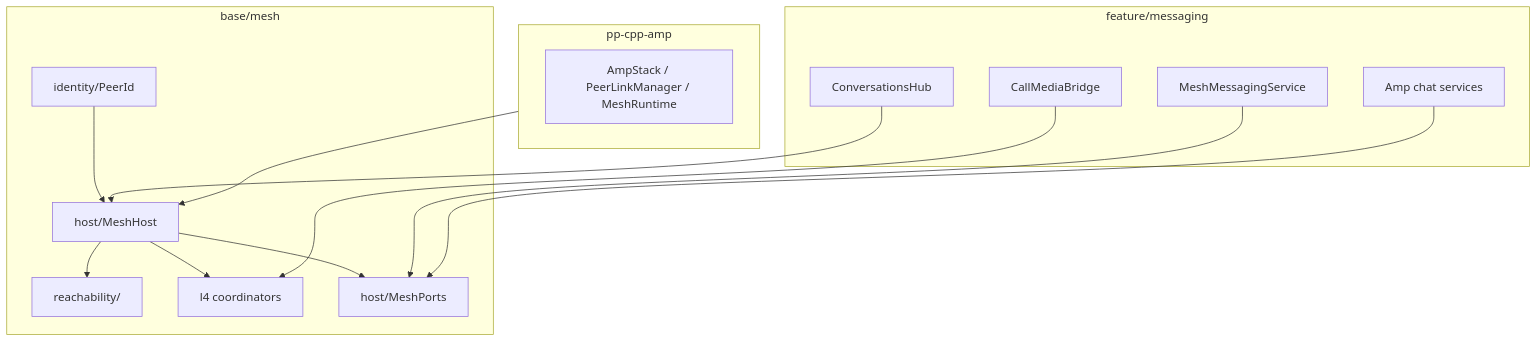
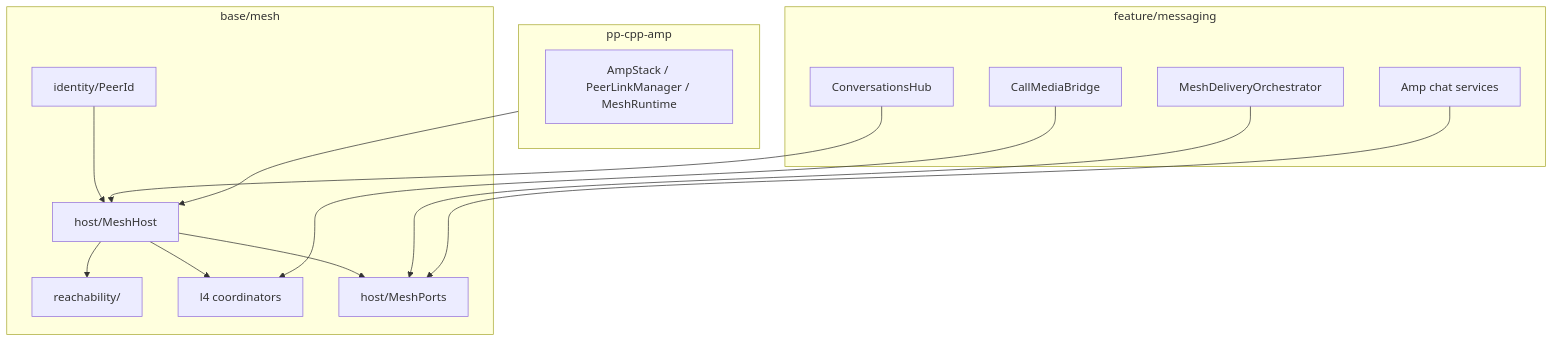
Before and after one commit to people-post/pp-browser: the diagram in docs/architecture/MESH.md, drawn with Mermaid. The commit also changed 184 other files, not shown here.

````diff
--- a/docs/architecture/MESH.md
+++ b/docs/architecture/MESH.md
@@ -10,31 +10,31 @@
 ```mermaid
 flowchart TB
   subgraph amp [pp-cpp-amp]
     Stack[AmpStack / PeerLinkManager / MeshRuntime]
   end
 
   subgraph mesh [base/mesh]
     Host[host/MeshHost]
     Identity[identity/PeerId]
     Reach[reachability/]
     L4[l4 coordinators]
     Ports[host/MeshPorts]
   end
 
   subgraph feature [feature/messaging]
     Hub[ConversationsHub]
-    MMS[MeshMessagingService]
+    MMS[MeshDeliveryOrchestrator]
     Chat[Amp chat services]
     Bridge[CallMediaBridge]
   end
 
   amp --> Host
   Identity --> Host
   Host --> L4
   Host --> Reach
   Host --> Ports
   Hub --> Host
   MMS --> Ports
   Chat --> Ports
   Bridge --> L4
 ```
````
